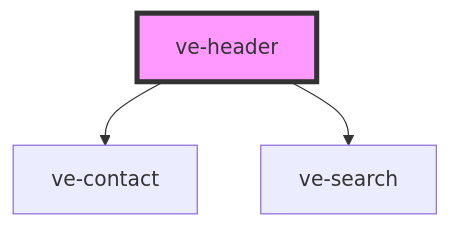
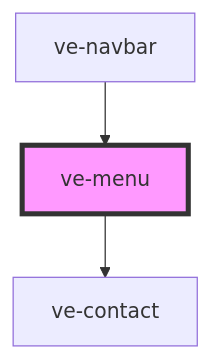
The diagram in src/components/ve-menu/readme.md (visual-essays/web-components), drawn with Mermaid before and after one commit. The commit also changed other lines of this file and 10 other files, not shown here.

````diff
--- a/src/components/ve-menu/readme.md
+++ b/src/components/ve-menu/readme.md
@@ -34,6 +28,6 @@
 ```mermaid
 graph TD;
-  ve-header --> ve-contact
-  ve-header --> ve-search
-  style ve-header fill:#f9f,stroke:#333,stroke-width:4px
+  ve-menu --> ve-contact
+  ve-navbar --> ve-menu
+  style ve-menu fill:#f9f,stroke:#333,stroke-width:4px
 ```
````
